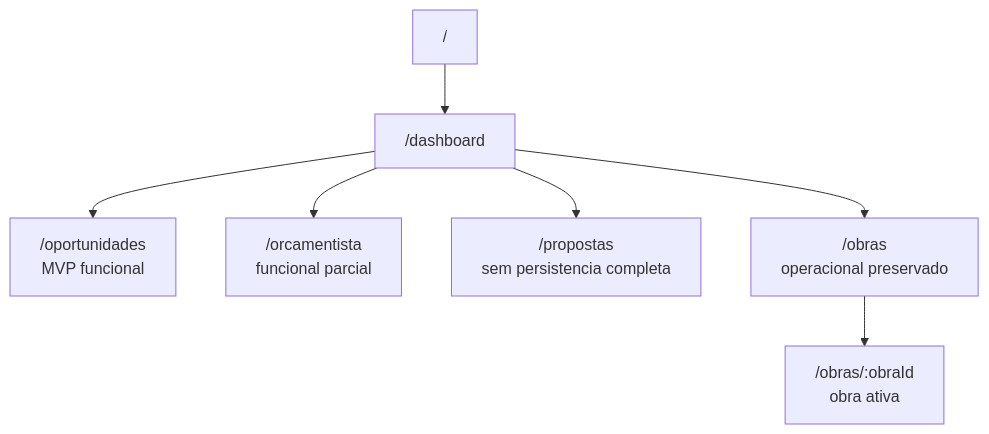
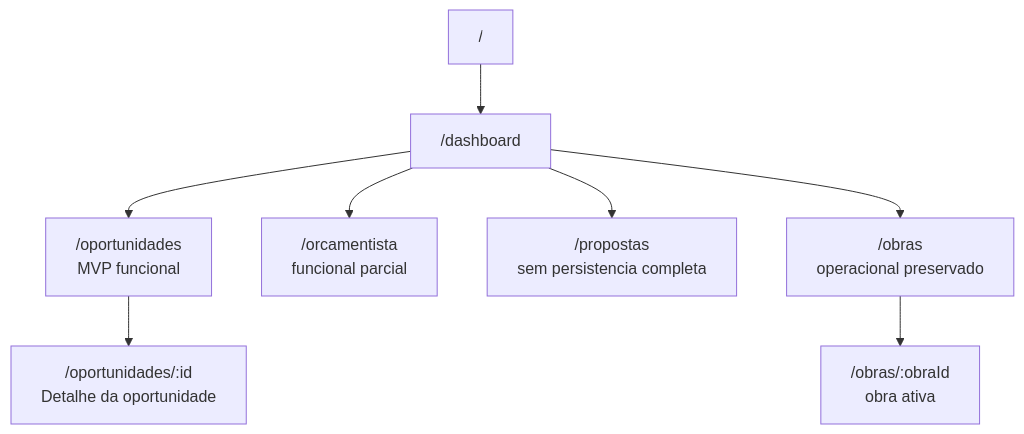
One commit to evisworkspace/evis-platform changed the diagram in platform/maps/EVIS_ROUTES_MAP.md. Above: the diagram before and after it, drawn with Mermaid. The commit also changed 3 other files, not shown here.

Commit message:
docs: update EVIS maps for opportunities detail

````diff
--- a/platform/maps/EVIS_ROUTES_MAP.md
+++ b/platform/maps/EVIS_ROUTES_MAP.md
@@ -5,17 +5,19 @@
 ```mermaid
 flowchart TB
-  Root["/"]
-  Dashboard["/dashboard"]
-  Opportunities["/oportunidades<br/>MVP funcional"]
-  Estimator["/orcamentista<br/>funcional parcial"]
-  Proposals["/propostas<br/>sem persistencia completa"]
-  Works["/obras<br/>operacional preservado"]
-  WorkById["/obras/:obraId<br/>obra ativa"]
+    Root["/"]
+    Dashboard["/dashboard"]
+    Opportunities["/oportunidades<br/>MVP funcional"]
+    OpportunityDetail["/oportunidades/:id<br/>Detalhe da oportunidade"]
+    Estimator["/orcamentista<br/>funcional parcial"]
+    Proposals["/propostas<br/>sem persistencia completa"]
+    Works["/obras<br/>operacional preservado"]
+    WorkById["/obras/:obraId<br/>obra ativa"]
 
   Root --> Dashboard
   Dashboard --> Opportunities
+  Opportunities --> OpportunityDetail
   Dashboard --> Estimator
   Dashboard --> Proposals
   Dashboard --> Works
   Works --> WorkById
 ```
````
